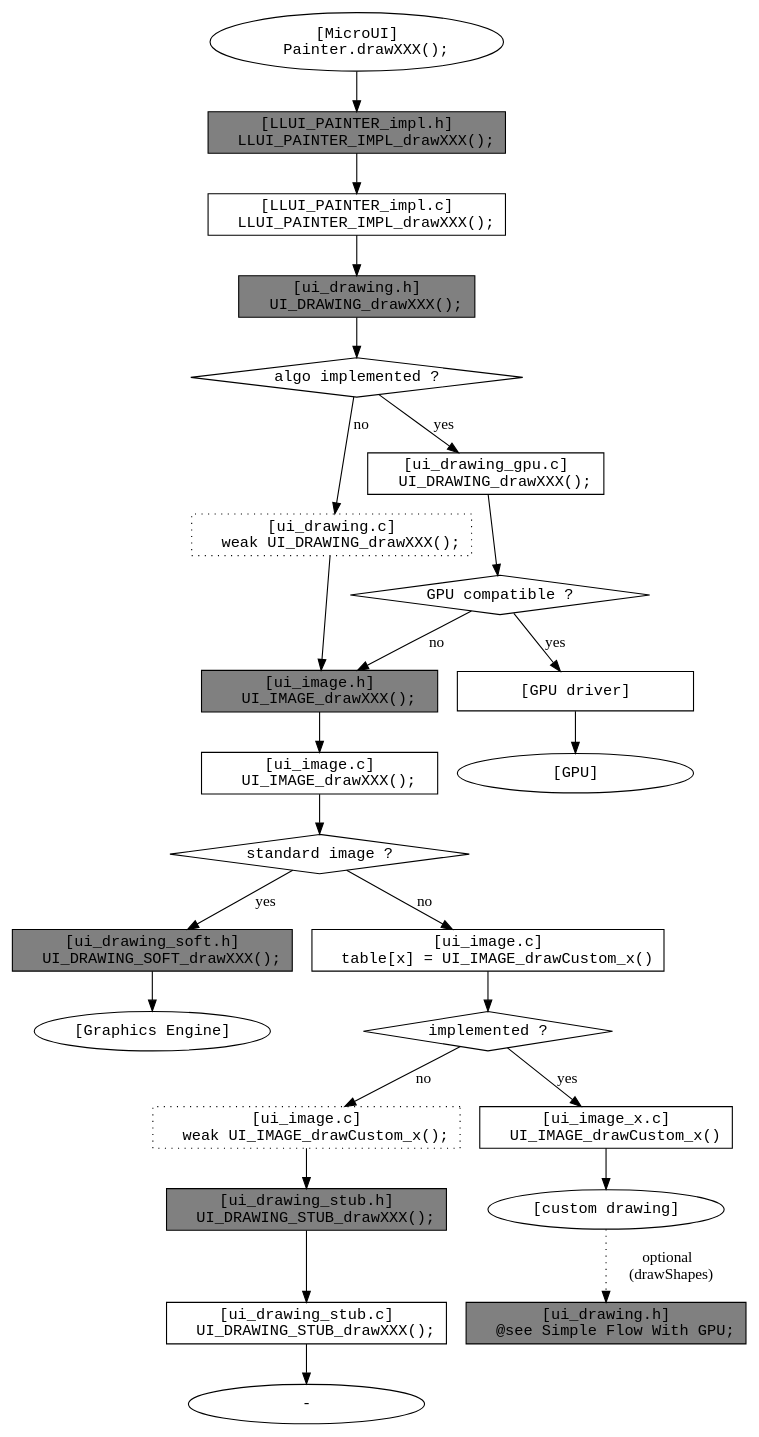
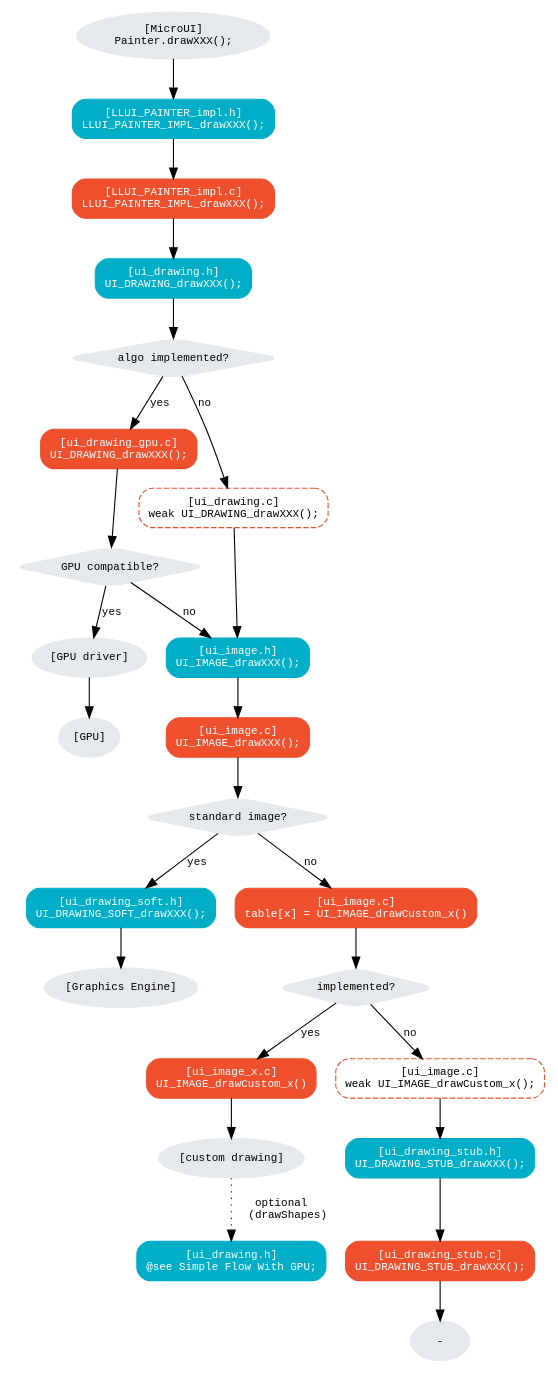
One commit to MicroEJ/docs changed the second of 4 diagrams in VEEPortingGuide/uiImageCore.rst. Above: the diagram before and after it, drawn with Graphviz. The commit also changed other lines of this file and 2 other files, not shown here.

Commit message:
Update graphs look.

```diff
--- a/VEEPortingGuide/uiImageCore.rst
+++ b/VEEPortingGuide/uiImageCore.rst
@@ -261,78 +265,79 @@
 .. graphviz::
 
    digraph {
       ratio="auto"
       splines="true";
-      node [style=filled fillcolor=white shape=rectangle fontname=monospace fontcolor=black width=3];
-         
+      node [style="filled,rounded" fontname="courier new" fontsize="10"]
+
+      { //in/out
+         node [shape="ellipse" color="#e5e9eb" fontcolor="black"] mui UID_soft_c UID_gpu_driver UID_gpu_hard stub UIIx_impl_d
+      }
+      { // h
+         node [shape="box" color="#00aec7" fontcolor="white"] LLUI_h UID_h UID_soft_h UID_stub_h UII_h UID_h2
+      }
+      { // c
+         node [shape="box" color="#ee502e" fontcolor="white"] LLUI_c UID_gpu_c UID_stub_c UII_c UIIx_c UIIx_impl_c
+      }
+      { // weak
+         node [shape="box" style="dashed,rounded" color="#ee502e"] UID_weak_c UIIx_weak_c
+      }
+      { // choice
+         node [shape="diamond" color="#e5e9eb"] UID_cond UID_gpu_cond UII_cond UIIx_cond
+      }
+
       // --- SIMPLE FLOW ELEMENTS -- //
 
-      mui [label="[MicroUI]
-      Painter.drawXXX();" shape=ellipse] 
-      LLUI_h [label="[LLUI_PAINTER_impl.h]
-      LLUI_PAINTER_IMPL_drawXXX();" fillcolor=gray]
-      LLUI_c [label="[LLUI_PAINTER_impl.c]
-      LLUI_PAINTER_IMPL_drawXXX();"]
-      UID_h [label="[ui_drawing.h]
-      UI_DRAWING_drawXXX();" fillcolor=gray]
-      UID_weak_c [label="[ui_drawing.c]
-      weak UI_DRAWING_drawXXX();" style=dotted]
-      UID_soft_h [label="[ui_drawing_soft.h]
-      UI_DRAWING_SOFT_drawXXX();" fillcolor=gray]
-      UID_soft_c [label="[Graphics Engine]" shape=ellipse]
+      mui [label="[MicroUI]\nPainter.drawXXX();"] 
+      LLUI_h [label="[LLUI_PAINTER_impl.h]\nLLUI_PAINTER_IMPL_drawXXX();"]
+      LLUI_c [label="[LLUI_PAINTER_impl.c]\nLLUI_PAINTER_IMPL_drawXXX();"]
+      UID_h [label="[ui_drawing.h]\nUI_DRAWING_drawXXX();"]
+      UID_weak_c [label="[ui_drawing.c]\nweak UI_DRAWING_drawXXX();"]
+      UID_soft_h [label="[ui_drawing_soft.h]\nUI_DRAWING_SOFT_drawXXX();"]
+      UID_soft_c [label="[Graphics Engine]"]
 
       // --- GPU FLOW ELEMENTS -- //
 
-      UID_cond [label="algo implemented ?" shape=diamond]
-      UID_gpu_c [label="[ui_drawing_gpu.c]
-      UI_DRAWING_drawXXX();"]
-      UID_gpu_cond [label="GPU compatible ?" shape=diamond]
+      UID_cond [label="algo implemented?"]
+      UID_gpu_c [label="[ui_drawing_gpu.c]\nUI_DRAWING_drawXXX();"]
+      UID_gpu_cond [label="GPU compatible?"]
       UID_gpu_driver [label="[GPU driver]"]
-      UID_gpu_hard [label="[GPU]" shape=ellipse]
+      UID_gpu_hard [label="[GPU]"]
 
-      UID_stub_h [label="[ui_drawing_stub.h]
-      UI_DRAWING_STUB_drawXXX();" fillcolor=gray]
-      UID_stub_c [label="[ui_drawing_stub.c]
-      UI_DRAWING_STUB_drawXXX();"]
-      stub [label="-" shape=ellipse]
+      UID_stub_h [label="[ui_drawing_stub.h]\nUI_DRAWING_STUB_drawXXX();"]
+      UID_stub_c [label="[ui_drawing_stub.c]\nUI_DRAWING_STUB_drawXXX();"]
+      stub [label="-"]
 
       // --- MULTIPLE IMAGES FLOW ELEMENTS -- //
 
-      UII_h [label="[ui_image.h]
-      UI_IMAGE_drawXXX();" fillcolor=gray]
-      UII_c [label="[ui_image.c]
-      UI_IMAGE_drawXXX();"]
-      UII_cond [label="standard image ?" shape=diamond]
-      UIIx_c [label="[ui_image.c]
-      table[x] = UI_IMAGE_drawCustom_x()"]
-      UIIx_weak_c [label="[ui_image.c]
-      weak UI_IMAGE_drawCustom_x();" style=dotted]
-      UIIx_cond [label="implemented ?" shape=diamond]
-      UIIx_impl_c [label="[ui_image_x.c]
-      UI_IMAGE_drawCustom_x()"]
-      UIIx_impl_d [label="[custom drawing]" shape=ellipse]
+      UII_h [label="[ui_image.h]\nUI_IMAGE_drawXXX();"]
+      UII_c [label="[ui_image.c]\nUI_IMAGE_drawXXX();"]
+      UII_cond [label="standard image?"]
+      UIIx_c [label="[ui_image.c]\ntable[x] = UI_IMAGE_drawCustom_x()"]
+      UIIx_weak_c [label="[ui_image.c]\nweak UI_IMAGE_drawCustom_x();"]
+      UIIx_cond [label="implemented?"]
+      UIIx_impl_c [label="[ui_image_x.c]\nUI_IMAGE_drawCustom_x()"]
+      UIIx_impl_d [label="[custom drawing]"]
 
-      UID_h2 [label="[ui_drawing.h]
-      @see Simple Flow With GPU;"  fillcolor=gray]
+      UID_h2 [label="[ui_drawing.h]\n@see Simple Flow With GPU;"]
 
       // --- FLOW -- //
 
       mui->LLUI_h->LLUI_c->UID_h->UID_cond
-      UID_cond->UID_weak_c [label="no"]
+      UID_cond->UID_weak_c [label="no" fontname="courier new" fontsize="10"]
       UID_weak_c->UII_h->UII_c->UII_cond
-      UID_cond->UID_gpu_c [label="yes"]
+      UID_cond->UID_gpu_c [label="yes" fontname="courier new" fontsize="10"]
       UID_gpu_c->UID_gpu_cond
-      UID_gpu_cond->UII_h [label="no"]
-      UID_gpu_cond->UID_gpu_driver [label="yes"]
+      UID_gpu_cond->UII_h [label="no" fontname="courier new" fontsize="10"]
+      UID_gpu_cond->UID_gpu_driver [label="yes" fontname="courier new" fontsize="10"]
       UID_gpu_driver->UID_gpu_hard
-      UII_cond->UID_soft_h [label="yes"]
-      UII_cond->UIIx_c [label="no"]
+      UII_cond->UID_soft_h [label="yes" fontname="courier new" fontsize="10"]
+      UII_cond->UIIx_c [label="no" fontname="courier new" fontsize="10"]
       UID_soft_h->UID_soft_c
       UIIx_c->UIIx_cond
-      UIIx_cond->UIIx_weak_c [label="no"]
+      UIIx_cond->UIIx_weak_c [label="no" fontname="courier new" fontsize="10"]
       UIIx_weak_c->UID_stub_h->UID_stub_c->stub
-      UIIx_cond->UIIx_impl_c [label="yes"]
+      UIIx_cond->UIIx_impl_c [label="yes" fontname="courier new" fontsize="10"]
       UIIx_impl_c->UIIx_impl_d
       UIIx_impl_d->UID_h2 [style=dotted label="optional
-      (drawShapes)"]
+      (drawShapes)" fontname="courier new" fontsize="10"]
    }
```
